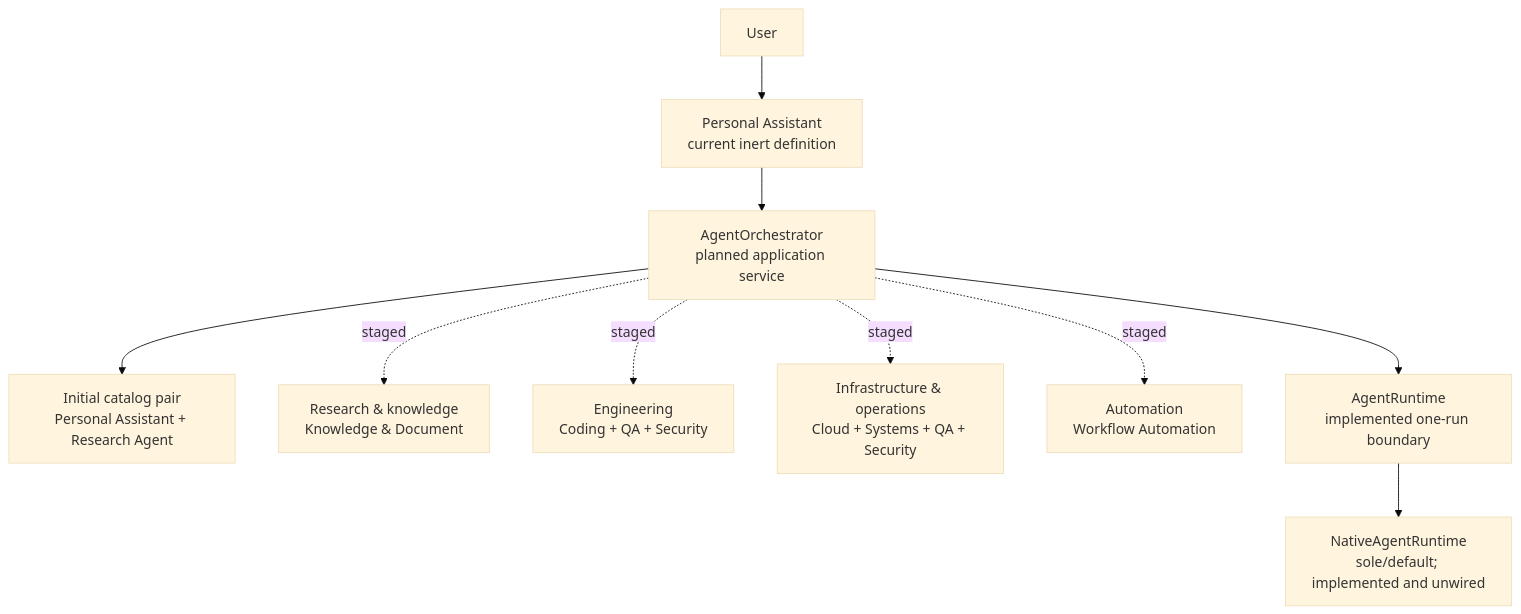
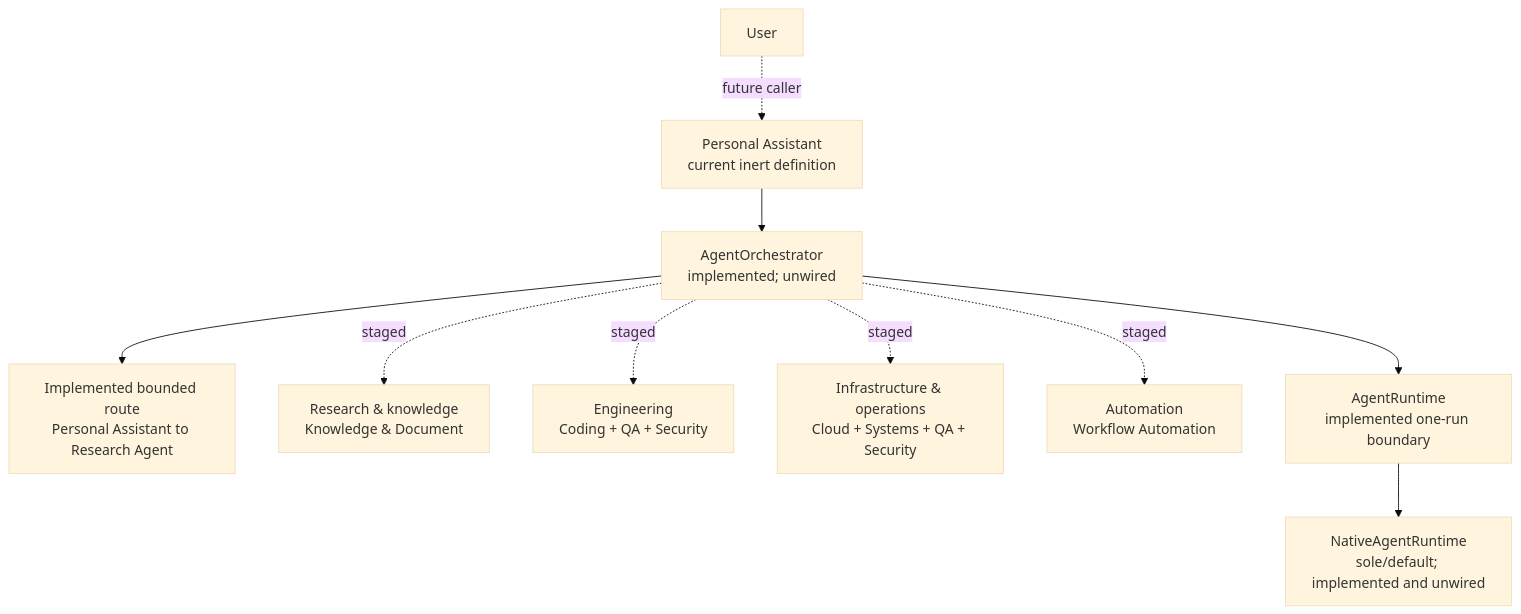
One commit to SillyRbbit/ai-agent-assistant changed the fourth of 5 diagrams in ARCHITECTURE.md. Above: the diagram before and after it, drawn with Mermaid (base theme). The commit also changed other lines of this file and 21 other files, not shown here.

Commit message:
feat(agent): add bounded task orchestration

````diff
--- a/ARCHITECTURE.md
+++ b/ARCHITECTURE.md
@@ -198,12 +199,12 @@
 ```mermaid
 flowchart TD
-    User["User"] --> Personal["Personal Assistant<br/>current inert definition"]
-    Personal --> Orchestrator["AgentOrchestrator<br/>planned application service"]
-    Orchestrator --> Initial["Initial catalog pair<br/>Personal Assistant + Research Agent"]
+    User["User"] -. "future caller" .-> Personal["Personal Assistant<br/>current inert definition"]
+    Personal --> Orchestrator["AgentOrchestrator<br/>implemented; unwired"]
+    Orchestrator --> Initial["Implemented bounded route<br/>Personal Assistant to Research Agent"]
     Orchestrator -. staged .-> Knowledge["Research & knowledge<br/>Knowledge & Document"]
     Orchestrator -. staged .-> Engineering["Engineering<br/>Coding + QA + Security"]
     Orchestrator -. staged .-> Operations["Infrastructure & operations<br/>Cloud + Systems + QA + Security"]
     Orchestrator -. staged .-> Automation["Automation<br/>Workflow Automation"]
     Orchestrator --> Runtime["AgentRuntime<br/>implemented one-run boundary"]
     Runtime --> Native["NativeAgentRuntime<br/>sole/default; implemented and unwired"]
 ```
````
